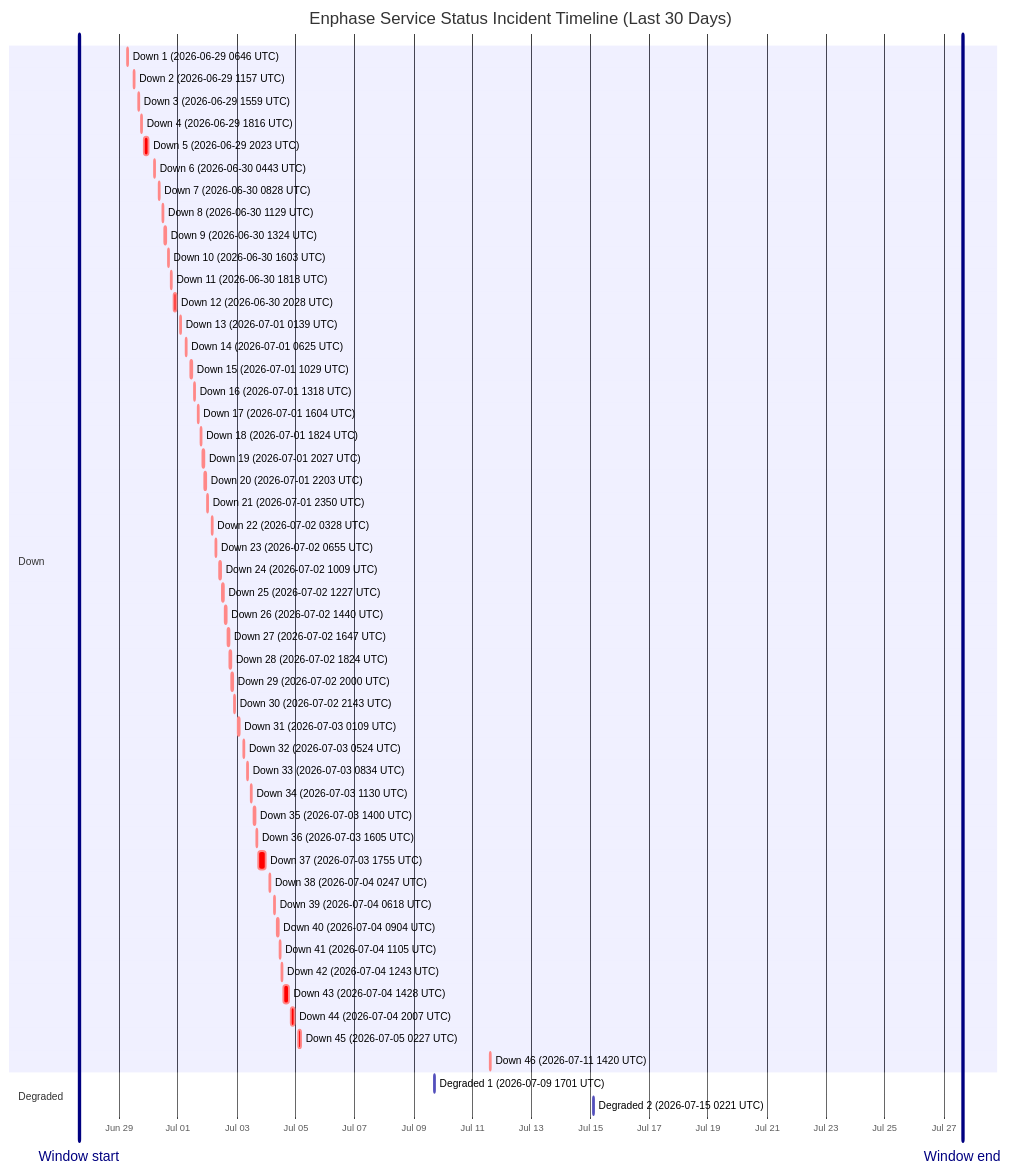
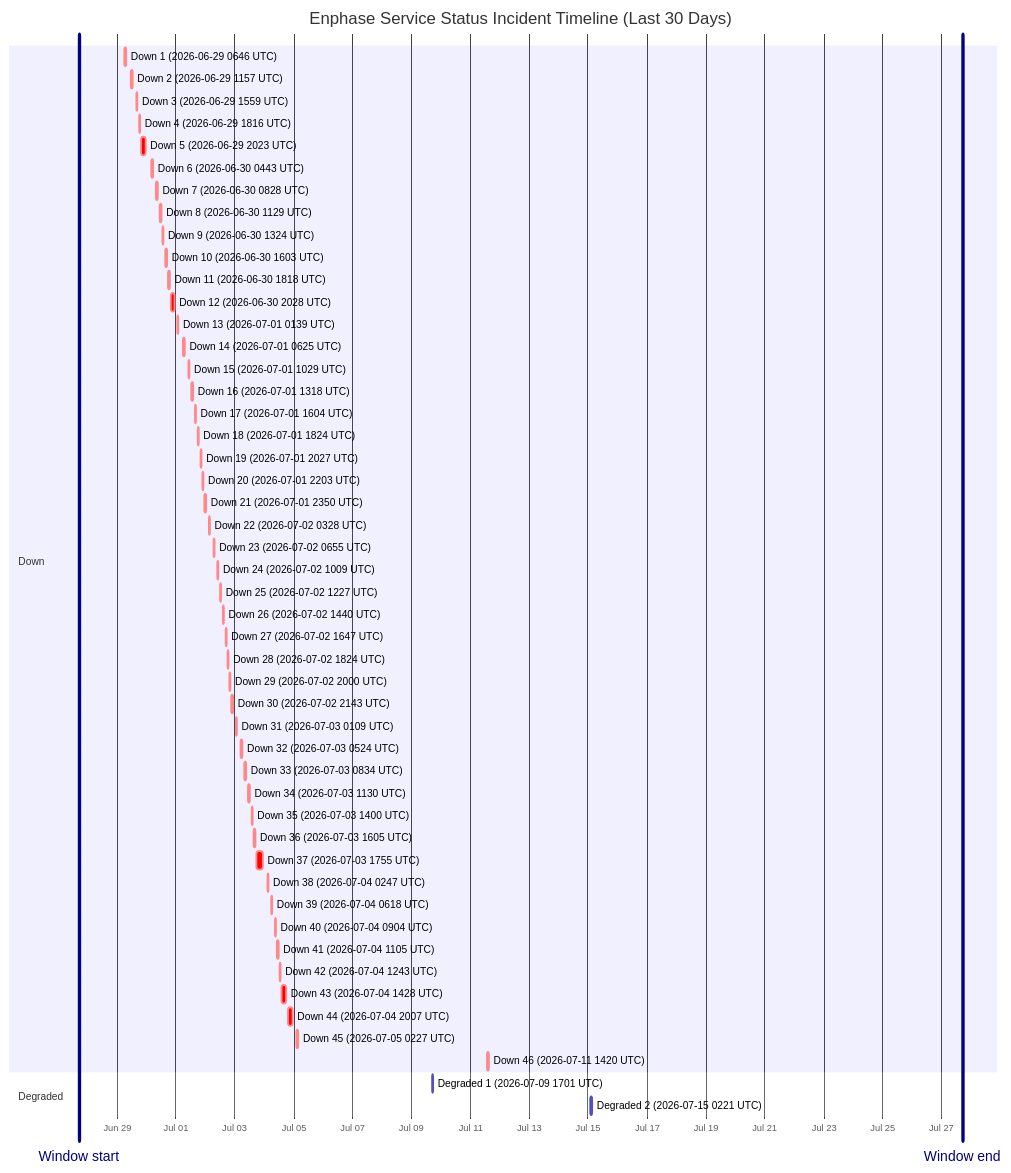
Before and after one commit to barneyonline/ha-enphase-energy: the diagram in wiki/Service-Status-History.md, drawn with Mermaid. The commit also changed other lines of this file and 3 other files, not shown here.

````diff
--- a/wiki/Service-Status-History.md
+++ b/wiki/Service-Status-History.md
@@ -14,58 +14,58 @@
 ```mermaid
 gantt
     title Enphase Service Status Incident Timeline (Last 30 Days)
     dateFormat  YYYY-MM-DDTHH:mm:ss
     axisFormat  %b %d
-    Window start :vert, window-start, 2026-06-27T15:23:17, 0ms
-    Window end :vert, window-end, 2026-07-27T15:23:17, 0ms
+    Window start :vert, window-start, 2026-06-27T17:17:04, 0ms
+    Window end :vert, window-end, 2026-07-27T17:17:04, 0ms
     section Down
     Down 1 (2026-06-29 0646 UTC) :crit, down-1, 2026-06-29T06:46:18, 60m
     Down 2 (2026-06-29 1157 UTC) :crit, down-2, 2026-06-29T11:57:36, 60m
     Down 3 (2026-06-29 1559 UTC) :crit, down-3, 2026-06-29T15:59:02, 60m
     Down 4 (2026-06-29 1816 UTC) :crit, down-4, 2026-06-29T18:16:38, 60m
     Down 5 (2026-06-29 2023 UTC) :crit, down-5, 2026-06-29T20:23:16, 220m
     Down 6 (2026-06-30 0443 UTC) :crit, down-6, 2026-06-30T04:43:54, 60m
     Down 7 (2026-06-30 0828 UTC) :crit, down-7, 2026-06-30T08:28:43, 60m
     Down 8 (2026-06-30 1129 UTC) :crit, down-8, 2026-06-30T11:29:15, 60m
     Down 9 (2026-06-30 1324 UTC) :crit, down-9, 2026-06-30T13:24:25, 60m
     Down 10 (2026-06-30 1603 UTC) :crit, down-10, 2026-06-30T16:03:26, 60m
     Down 11 (2026-06-30 1818 UTC) :crit, down-11, 2026-06-30T18:18:39, 60m
     Down 12 (2026-06-30 2028 UTC) :crit, down-12, 2026-06-30T20:28:54, 171m
     Down 13 (2026-07-01 0139 UTC) :crit, down-13, 2026-07-01T01:39:18, 60m
     Down 14 (2026-07-01 0625 UTC) :crit, down-14, 2026-07-01T06:25:35, 60m
     Down 15 (2026-07-01 1029 UTC) :crit, down-15, 2026-07-01T10:29:24, 60m
     Down 16 (2026-07-01 1318 UTC) :crit, down-16, 2026-07-01T13:18:31, 60m
     Down 17 (2026-07-01 1604 UTC) :crit, down-17, 2026-07-01T16:04:29, 60m
     Down 18 (2026-07-01 1824 UTC) :crit, down-18, 2026-07-01T18:24:21, 60m
     Down 19 (2026-07-01 2027 UTC) :crit, down-19, 2026-07-01T20:27:17, 60m
     Down 20 (2026-07-01 2203 UTC) :crit, down-20, 2026-07-01T22:03:46, 60m
     Down 21 (2026-07-01 2350 UTC) :crit, down-21, 2026-07-01T23:50:52, 60m
     Down 22 (2026-07-02 0328 UTC) :crit, down-22, 2026-07-02T03:28:33, 60m
     Down 23 (2026-07-02 0655 UTC) :crit, down-23, 2026-07-02T06:55:07, 60m
     Down 24 (2026-07-02 1009 UTC) :crit, down-24, 2026-07-02T10:09:15, 60m
     Down 25 (2026-07-02 1227 UTC) :crit, down-25, 2026-07-02T12:27:49, 60m
     Down 26 (2026-07-02 1440 UTC) :crit, down-26, 2026-07-02T14:40:53, 60m
     Down 27 (2026-07-02 1647 UTC) :crit, down-27, 2026-07-02T16:47:47, 60m
     Down 28 (2026-07-02 1824 UTC) :crit, down-28, 2026-07-02T18:24:26, 60m
     Down 29 (2026-07-02 2000 UTC) :crit, down-29, 2026-07-02T20:00:57, 60m
     Down 30 (2026-07-02 2143 UTC) :crit, down-30, 2026-07-02T21:43:52, 80m
     Down 31 (2026-07-03 0109 UTC) :crit, down-31, 2026-07-03T01:09:19, 60m
     Down 32 (2026-07-03 0524 UTC) :crit, down-32, 2026-07-03T05:24:23, 60m
     Down 33 (2026-07-03 0834 UTC) :crit, down-33, 2026-07-03T08:34:05, 60m
     Down 34 (2026-07-03 1130 UTC) :crit, down-34, 2026-07-03T11:30:41, 60m
     Down 35 (2026-07-03 1400 UTC) :crit, down-35, 2026-07-03T14:00:48, 60m
     Down 36 (2026-07-03 1605 UTC) :crit, down-36, 2026-07-03T16:05:49, 60m
     Down 37 (2026-07-03 1755 UTC) :crit, down-37, 2026-07-03T17:55:54, 338m
     Down 38 (2026-07-04 0247 UTC) :crit, down-38, 2026-07-04T02:47:22, 60m
     Down 39 (2026-07-04 0618 UTC) :crit, down-39, 2026-07-04T06:18:09, 60m
     Down 40 (2026-07-04 0904 UTC) :crit, down-40, 2026-07-04T09:04:41, 60m
     Down 41 (2026-07-04 1105 UTC) :crit, down-41, 2026-07-04T11:05:21, 60m
     Down 42 (2026-07-04 1243 UTC) :crit, down-42, 2026-07-04T12:43:25, 60m
     Down 43 (2026-07-04 1428 UTC) :crit, down-43, 2026-07-04T14:28:07, 243m
     Down 44 (2026-07-04 2007 UTC) :crit, down-44, 2026-07-04T20:07:50, 206m
     Down 45 (2026-07-05 0227 UTC) :crit, down-45, 2026-07-05T02:27:32, 109m
     Down 46 (2026-07-11 1420 UTC) :crit, down-46, 2026-07-11T14:20:54, 69m
     section Degraded
     Degraded 1 (2026-07-09 1701 UTC) :active, degraded-1, 2026-07-09T17:01:02, 60m
     Degraded 2 (2026-07-15 0221 UTC) :active, degraded-2, 2026-07-15T02:21:35, 60m
 ```
````
